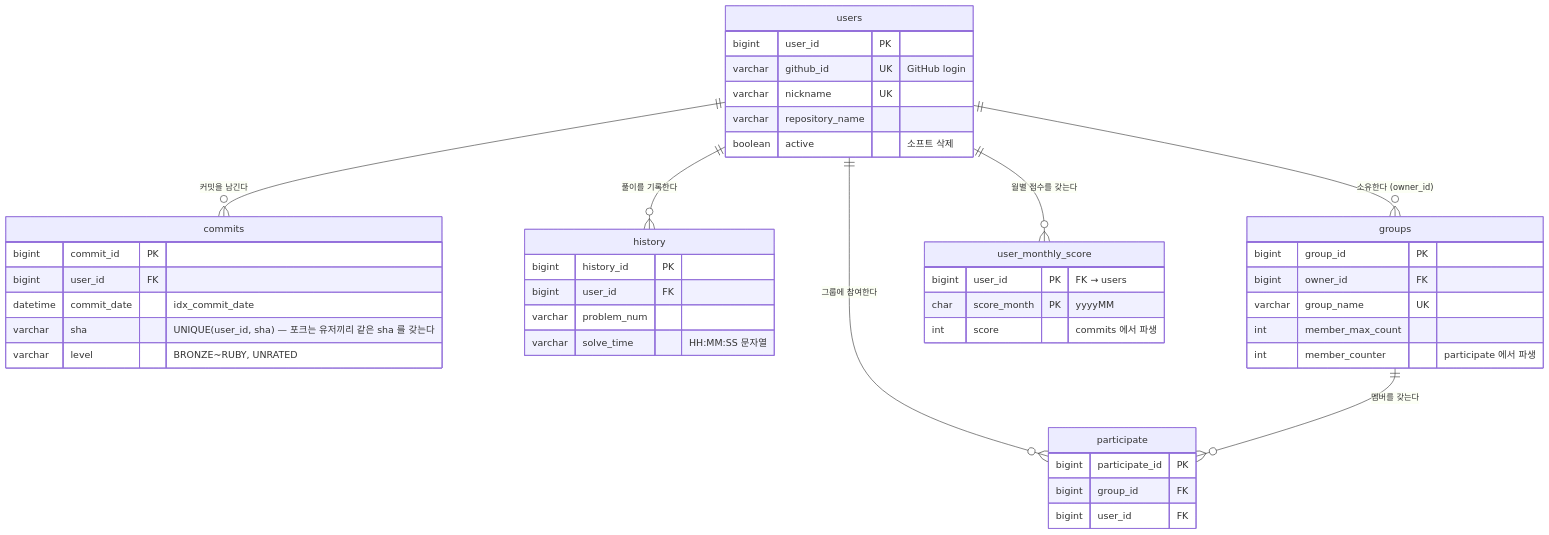
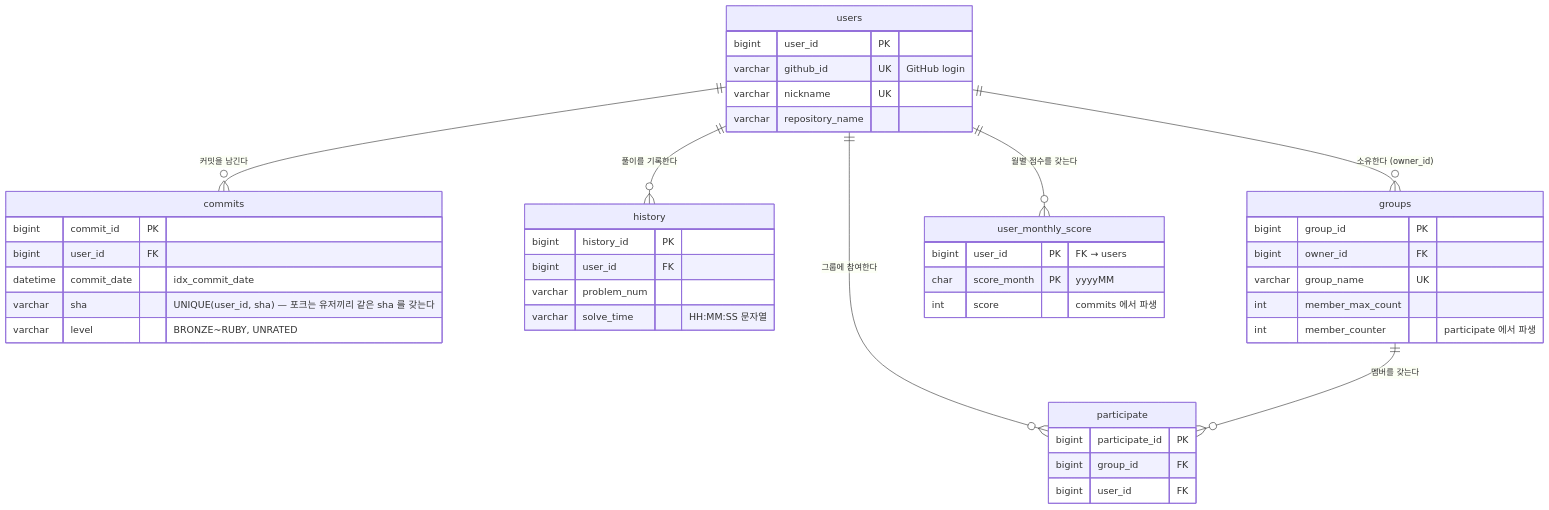
One commit to Layla7120/code_test_reminder_server changed the second of 2 diagrams in README.md. Above: the diagram before and after it, drawn with Mermaid. The commit also changed other lines of this file and 13 other files, not shown here.

````diff
--- a/README.md
+++ b/README.md
@@ -24,47 +24,46 @@
 ```mermaid
 erDiagram
     users ||--o{ commits : "커밋을 남긴다"
     users ||--o{ history : "풀이를 기록한다"
     users ||--o{ participate : "그룹에 참여한다"
     users ||--o{ groups : "소유한다 (owner_id)"
     users ||--o{ user_monthly_score : "월별 점수를 갖는다"
     groups ||--o{ participate : "멤버를 갖는다"
 
     users {
         bigint user_id PK
         varchar github_id UK "GitHub login"
         varchar nickname UK
         varchar repository_name
-        boolean active "소프트 삭제"
     }
     commits {
         bigint commit_id PK
         bigint user_id FK
         datetime commit_date "idx_commit_date"
         varchar sha "UNIQUE(user_id, sha) — 포크는 유저끼리 같은 sha 를 갖는다"
         varchar level "BRONZE~RUBY, UNRATED"
     }
     groups {
         bigint group_id PK
         bigint owner_id FK
         varchar group_name UK
         int member_max_count
         int member_counter "participate 에서 파생"
     }
     participate {
         bigint participate_id PK
         bigint group_id FK
         bigint user_id FK
     }
     user_monthly_score {
         bigint user_id PK "FK → users"
         char score_month PK "yyyyMM"
         int score "commits 에서 파생"
     }
     history {
         bigint history_id PK
         bigint user_id FK
         varchar problem_num
         varchar solve_time "HH:MM:SS 문자열"
     }
 ```
````
